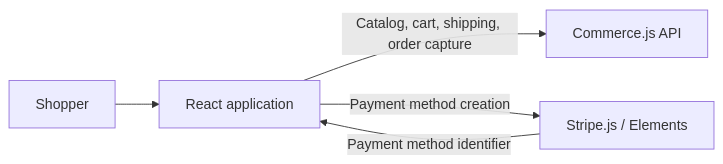
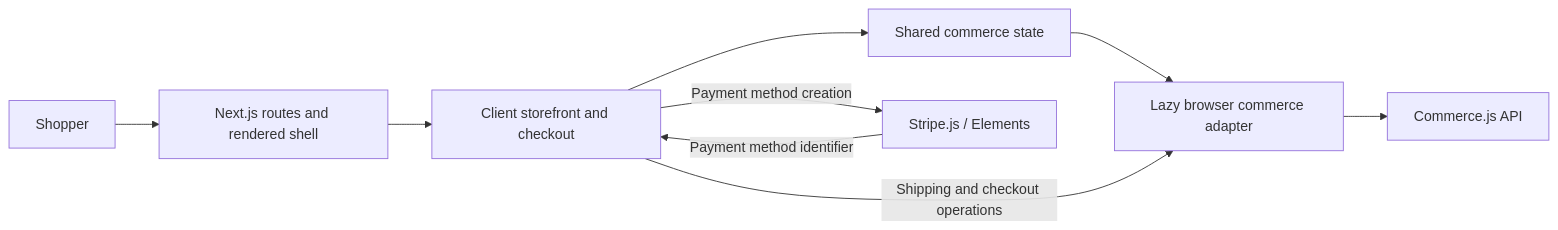
One commit to joydas65/Ecommerce-Store changed the diagram in README.md. Above: the diagram before and after it, drawn with Mermaid. The commit also changed other lines of this file and 60 other files, not shown here.

````diff
--- a/README.md
+++ b/README.md
@@ -21,7 +30,11 @@
 ```mermaid
 flowchart LR
-    Shopper[Shopper] --> UI[React application]
-    UI -->|Catalog, cart, shipping, order capture| Commerce[Commerce.js API]
+    Shopper[Shopper] --> Next[Next.js routes and rendered shell]
+    Next --> UI[Client storefront and checkout]
+    UI --> State[Shared commerce state]
+    State --> Adapter[Lazy browser commerce adapter]
+    UI -->|Shipping and checkout operations| Adapter
+    Adapter --> Commerce[Commerce.js API]
     UI -->|Payment method creation| Stripe[Stripe.js / Elements]
     Stripe -->|Payment method identifier| UI
 ```
````
